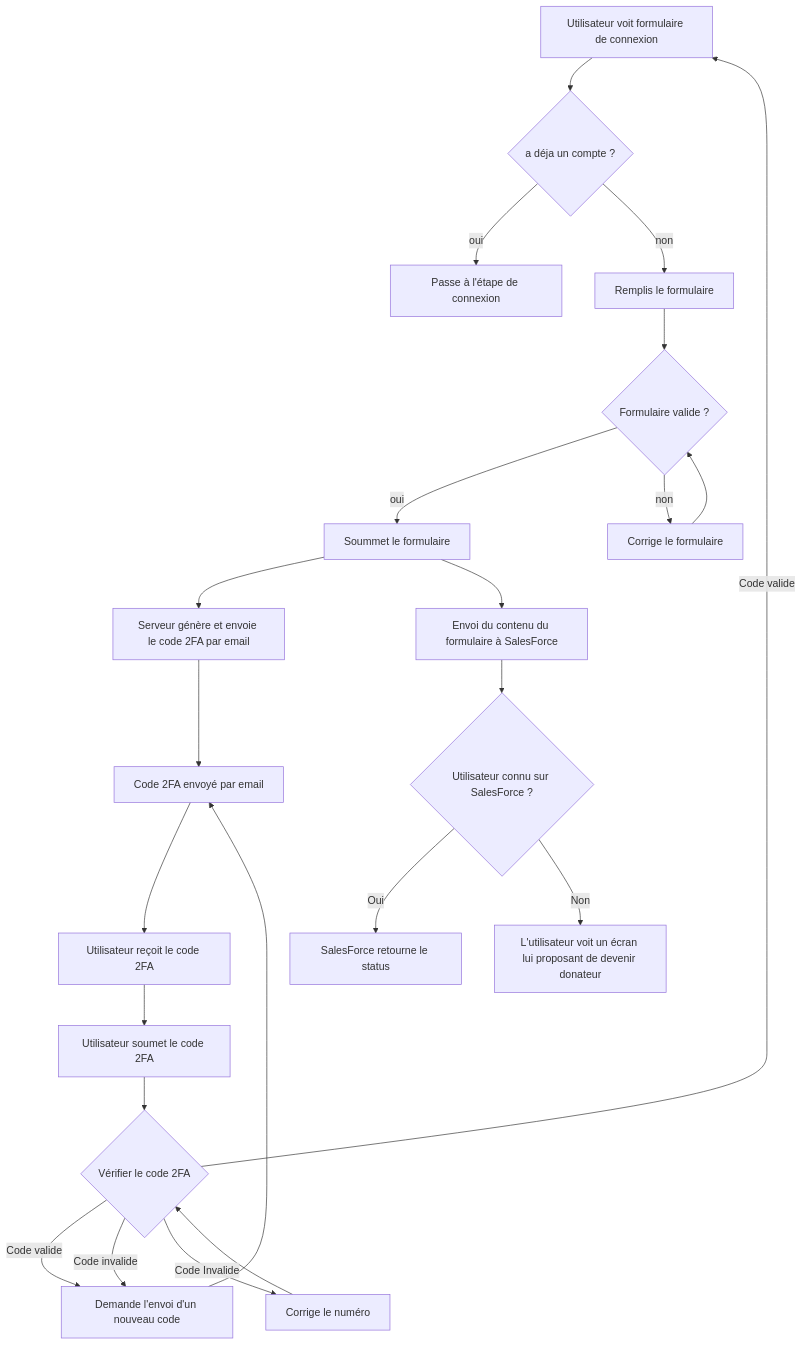
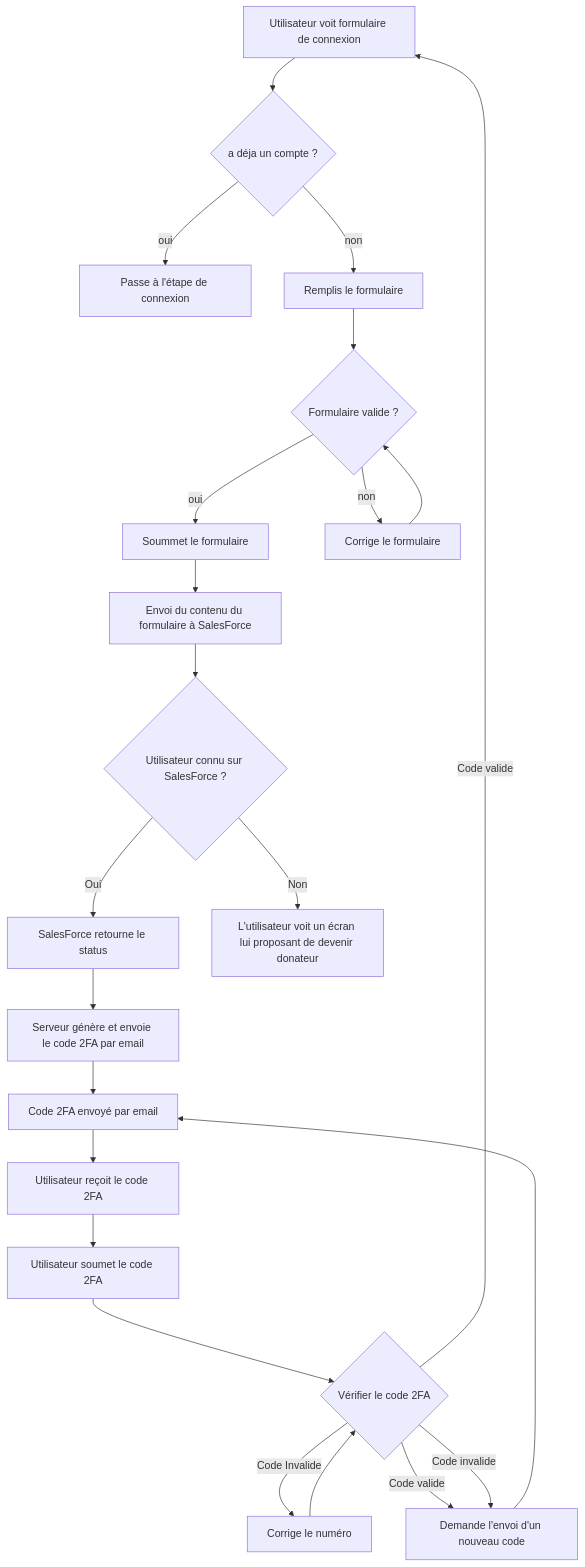
One commit to Amnesty-International-France/website changed the first of 2 diagrams in documentation/espace-donateur/authentification.md. Above: the diagram before and after it, drawn with Mermaid.

Commit message:
chore : udpate adr 001 schema -- with salesforce check before 2FA

````diff
--- a/documentation/espace-donateur/authentification.md
+++ b/documentation/espace-donateur/authentification.md
@@ -24,28 +24,28 @@
 ```mermaid
 flowchart TD
     A[Utilisateur voit formulaire de connexion] -->   B{a déja un compte ?}
     B--> |oui|C[Passe à l'étape de connexion]
     B--> |non|D[Remplis le formulaire]
     D --> E{Formulaire valide ?}
     E --> |oui| F[Soummet le formulaire]
     E --> |non| G[Corrige le formulaire]
     G --> E
-    F--> H[Serveur génère et envoie le code 2FA par email]
+    Q--> H[Serveur génère et envoie le code 2FA par email]
     H--> I[Code 2FA envoyé par email]
     I--> J[Utilisateur reçoit le code 2FA]
     J --> K[Utilisateur soumet le code 2FA]
     K--> L{Vérifier le code 2FA}
     L -->|Code valide| M[Le login et le mot de passe de l'utilisateur est stocké en BDD]
     L -->|Code valide| A
     L --> |Code invalide| M[Demande l'envoi d'un nouveau code]
     L --> |Code Invalide| N[Corrige le numéro]
     N --> L
     M --> I
     F --> O[Envoi du contenu du formulaire à SalesForce]
     O --> P{Utilisateur connu sur SalesForce ?}
     P --> |Oui| Q[SalesForce retourne le status]
     P --> |Non| R[L'utilisateur voit un écran lui proposant de devenir donateur]
 
     
     
 ```
````
